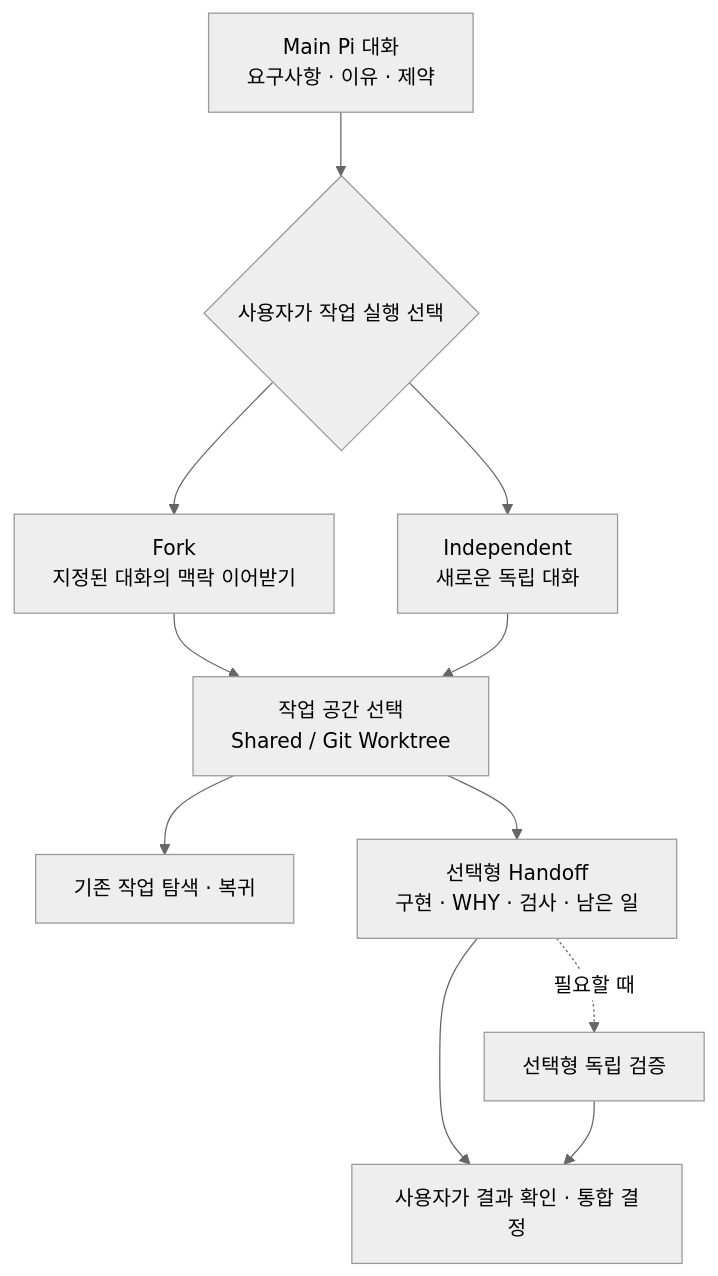
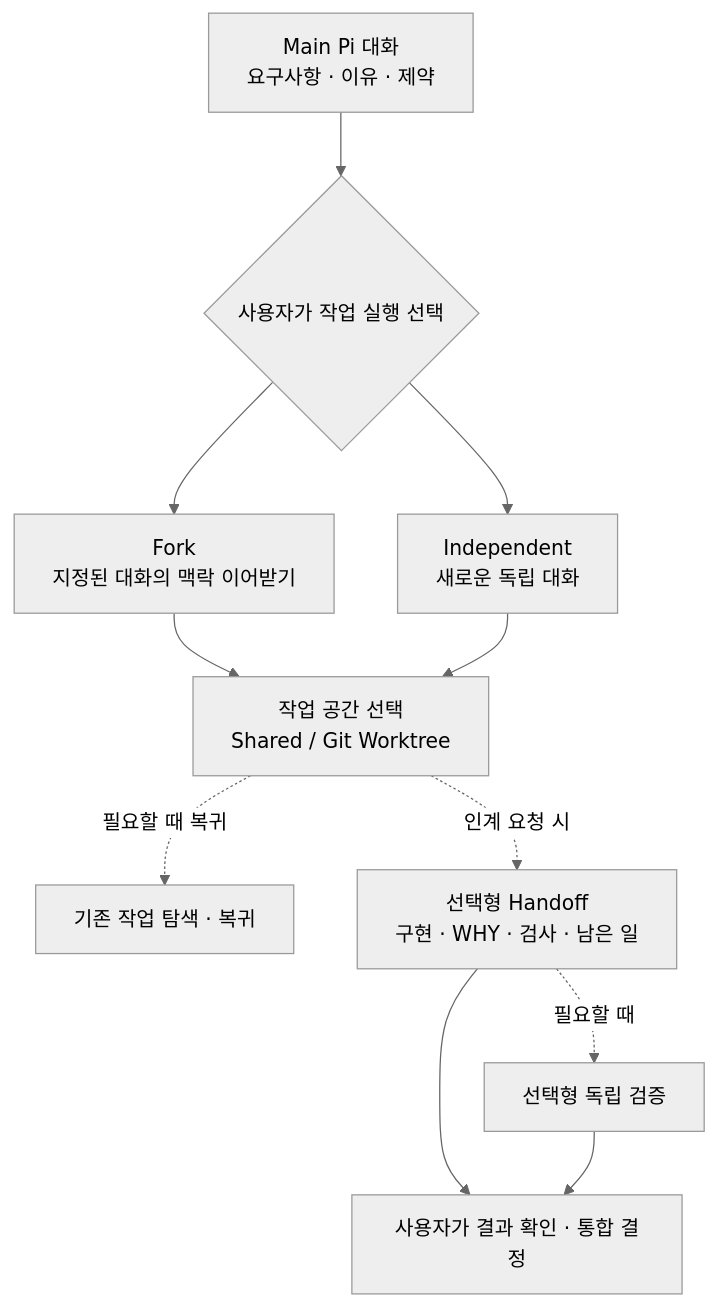
The diagram in README.md (SEONGMINY/pi-compose), drawn with Mermaid (neutral theme) before and after one commit.

Commit message:
docs: mark optional return and handoff paths explicitly in README diagram

````diff
--- a/README.md
+++ b/README.md
@@ -115,23 +115,23 @@
 ```mermaid
 flowchart TD
     M["Main Pi 대화<br/>요구사항 · 이유 · 제약"]
     U{"사용자가 작업 실행 선택"}
     F["Fork<br/>지정된 대화의 맥락 이어받기"]
     I["Independent<br/>새로운 독립 대화"]
     W["작업 공간 선택<br/>Shared / Git Worktree"]
     R["기존 작업 탐색 · 복귀"]
     H["선택형 Handoff<br/>구현 · WHY · 검사 · 남은 일"]
     V["선택형 독립 검증"]
     D["사용자가 결과 확인 · 통합 결정"]
 
     M --> U
     U --> F
     U --> I
     F --> W
     I --> W
-    W --> R
-    W --> H
+    W -. "필요할 때 복귀" .-> R
+    W -. "인계 요청 시" .-> H
     H -. "필요할 때" .-> V
     H --> D
     V --> D
 ```
````
